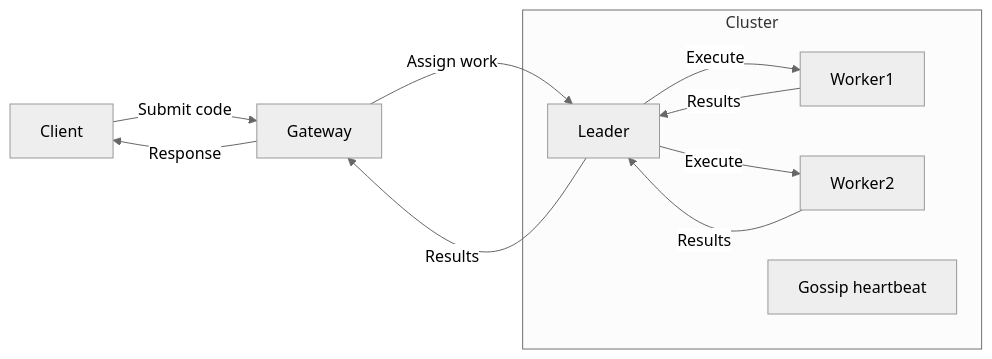
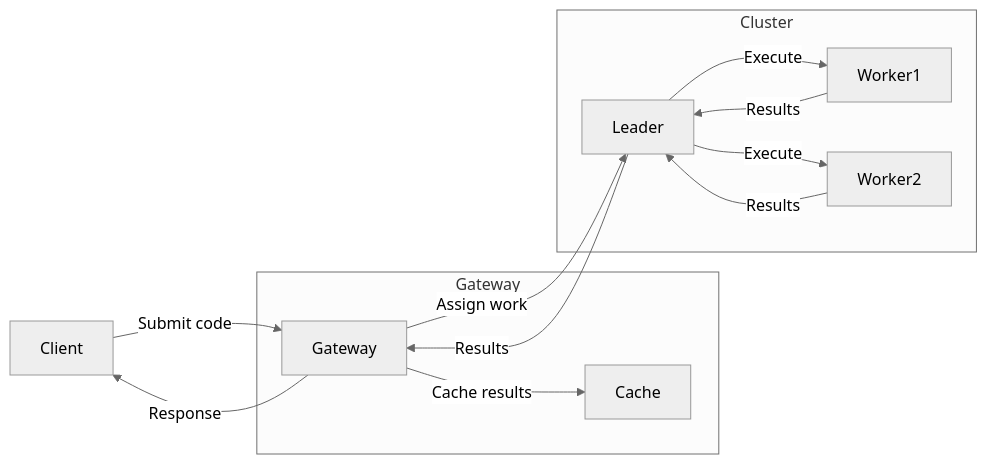
One commit to MaxFdev/maxfdev.com changed the first of 2 diagrams in data/projects/aws-lambda-mock.mdx. Above: the diagram before and after it, drawn with Mermaid (neutral theme). The commit also changed other lines of this file, not shown here.

````diff
--- a/data/projects/aws-lambda-mock.mdx
+++ b/data/projects/aws-lambda-mock.mdx
@@ -36,17 +36,21 @@
 ```mermaid
 flowchart LR
     Client -->|"Submit code"| Gateway
     Gateway -->|"Assign work"| Leader
+    Gateway -->|"Cache results"| Cache
+    subgraph gw [Gateway]
+      Gateway
+      Cache
+    end
     Leader -->|"Execute"| Worker1
     Leader -->|"Execute"| Worker2
     Worker1 -->|"Results"| Leader
     Worker2 -->|"Results"| Leader
     Leader -->|"Results"| Gateway
     Gateway -->|"Response"| Client
     subgraph peers [Cluster]
         Leader
         Worker1
         Worker2
-        Gossip["Gossip heartbeat"]
     end
 ```
````
